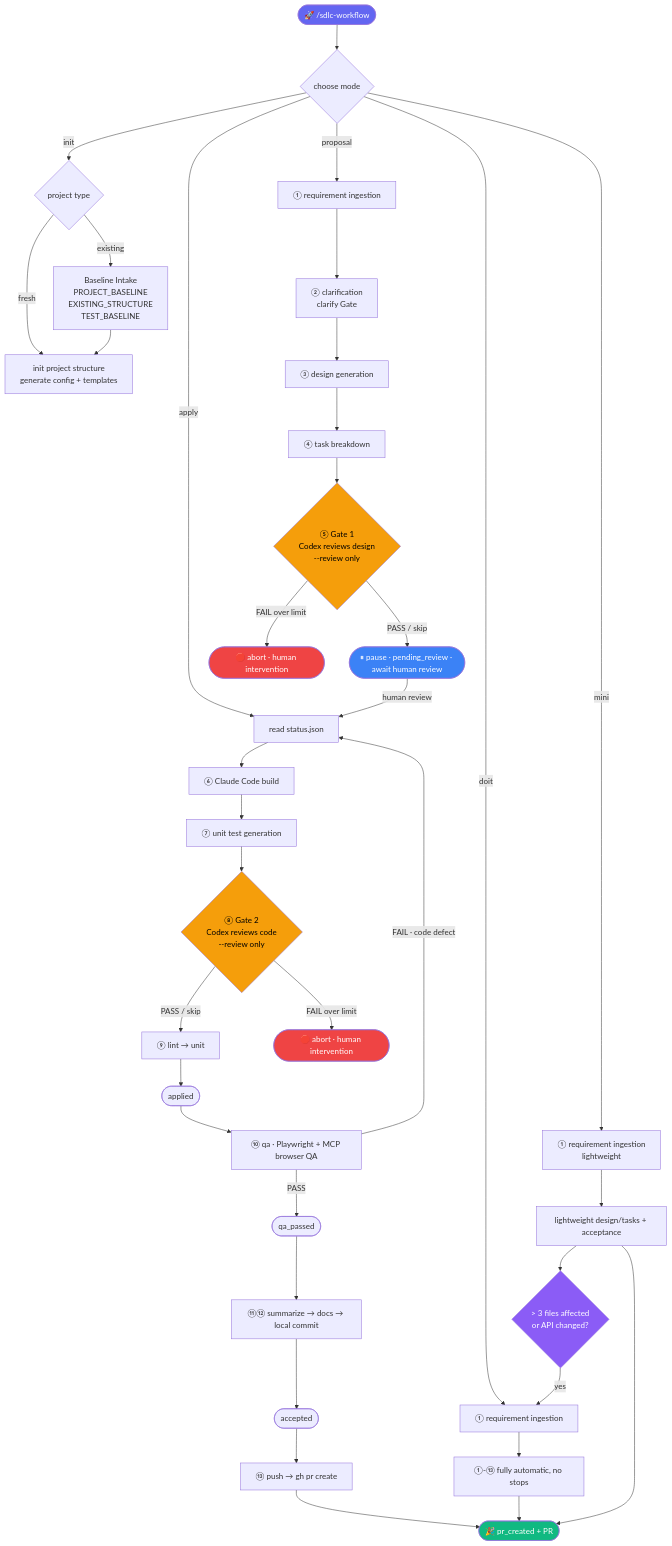
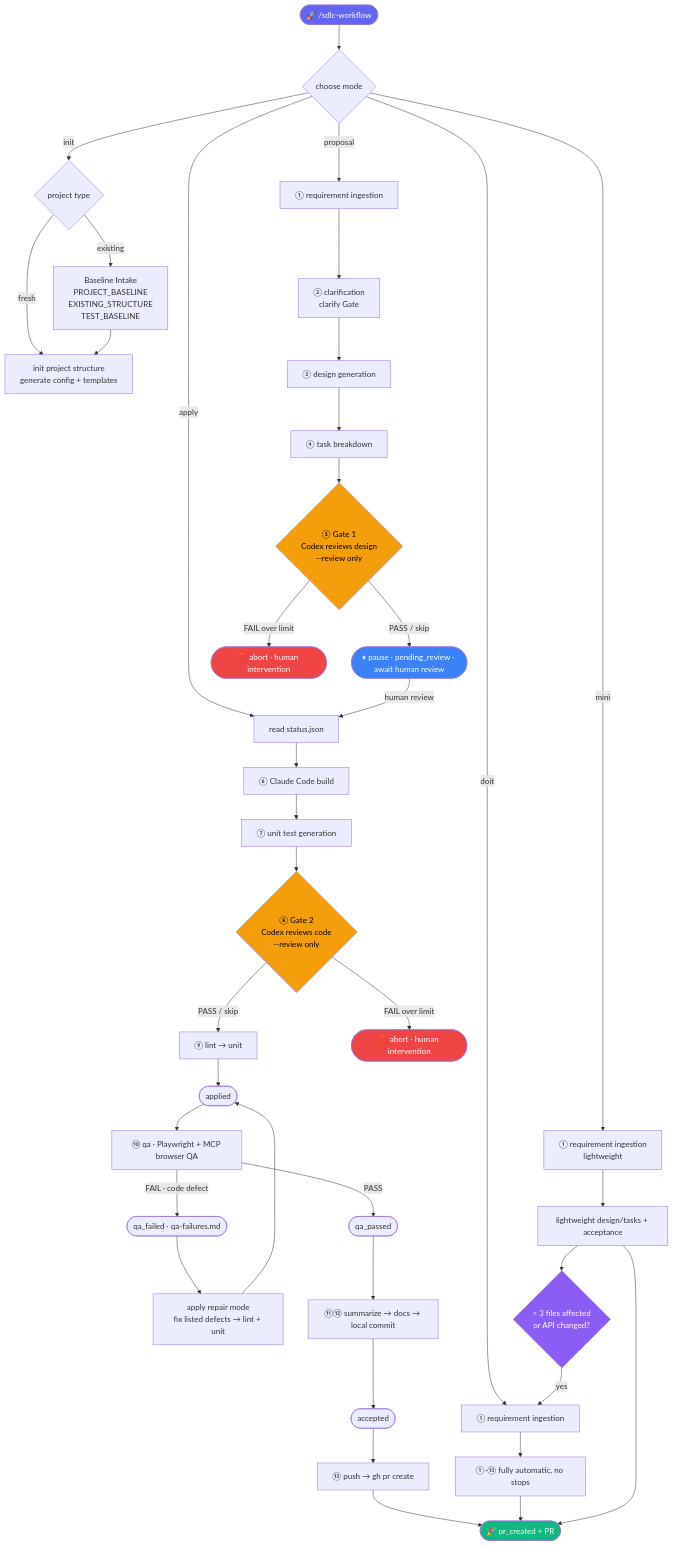
One commit to evan-e2438927/sdlc-workflow changed the diagram in DESIGN-PROMO.md. Above: the diagram before and after it, drawn with Mermaid. The commit also changed other lines of this file and 7 other files, not shown here.

Commit message:
docs: bilingual docs for qa_failed, repair mode and fix rounds

````diff
--- a/DESIGN-PROMO.md
+++ b/DESIGN-PROMO.md
@@ -178,58 +178,60 @@
 ```mermaid
 flowchart TD
     START([🚀 /sdlc-workflow]) --> MODE{choose mode}
     MODE -->|init| DETECT{project type}
     MODE -->|proposal| REQ_PROP[① requirement ingestion]
     MODE -->|apply| APPLY_START[read status.json]
     MODE -->|doit| REQ_FULL[① requirement ingestion]
     MODE -->|mini| REQ_MINI[① requirement ingestion<br/>lightweight]
 
     DETECT -->|fresh| INIT[init project structure<br/>generate config + templates]
     DETECT -->|existing| INTAKE[Baseline Intake<br/>PROJECT_BASELINE<br/>EXISTING_STRUCTURE<br/>TEST_BASELINE]
     INTAKE --> INIT
 
     %% ===== proposal flow =====
     REQ_PROP --> CLARIFY_P[② clarification<br/>clarify Gate]
     CLARIFY_P --> DESIGN_P[③ design generation]
     DESIGN_P --> TASKS_P[④ task breakdown]
     TASKS_P --> GATE1_P{⑤ Gate 1<br/>Codex reviews design<br/>--review only}
     GATE1_P -->|PASS / skip| PAUSE([⏸ pause · pending_review · await human review])
     GATE1_P -->|FAIL over limit| ABORT_P([🛑 abort · human intervention])
     PAUSE -->|human review| APPLY_START
 
     %% ===== apply flow =====
     APPLY_START --> DEV[⑥ Claude Code build]
     DEV --> TESTGEN[⑦ unit test generation]
     TESTGEN --> GATE2{⑧ Gate 2<br/>Codex reviews code<br/>--review only}
     GATE2 -->|PASS / skip| TEST[⑨ lint → unit]
     GATE2 -->|FAIL over limit| ABORT2([🛑 abort · human intervention])
     TEST --> A_END([applied])
 
     %% ===== qa / accept / pr =====
     A_END --> QA[⑩ qa · Playwright + MCP browser QA]
     QA -->|PASS| Q_END([qa_passed])
-    QA -->|FAIL · code defect| APPLY_START
+    QA -->|FAIL · code defect| QF([qa_failed · qa-failures.md])
+    QF --> REPAIR[apply repair mode<br/>fix listed defects → lint + unit]
+    REPAIR --> A_END
     Q_END --> ACCEPT[⑪⑫ summarize → docs → local commit]
     ACCEPT --> AC_END([accepted])
     AC_END --> PR[⑬ push → gh pr create]
     PR --> DONE([🎉 pr_created + PR])
 
     %% ===== doit fully automatic =====
     REQ_FULL --> DOIT_FLOW[①-⑬ fully automatic, no stops]
     DOIT_FLOW --> DONE
 
     %% ===== mini lightweight =====
     REQ_MINI --> MINI_FLOW[lightweight design/tasks + acceptance]
     MINI_FLOW --> DONE
     MINI_FLOW --> UPGRADE{> 3 files affected<br/>or API changed?}
     UPGRADE -->|yes| REQ_FULL
 
     style GATE1_P fill:#f59e0b,color:#000
     style GATE2 fill:#f59e0b,color:#000
     style ABORT_P fill:#ef4444,color:#fff
     style ABORT2 fill:#ef4444,color:#fff
     style DONE fill:#10b981,color:#fff
     style START fill:#6366f1,color:#fff
     style UPGRADE fill:#8b5cf6,color:#fff
     style PAUSE fill:#3b82f6,color:#fff
 ```
````
